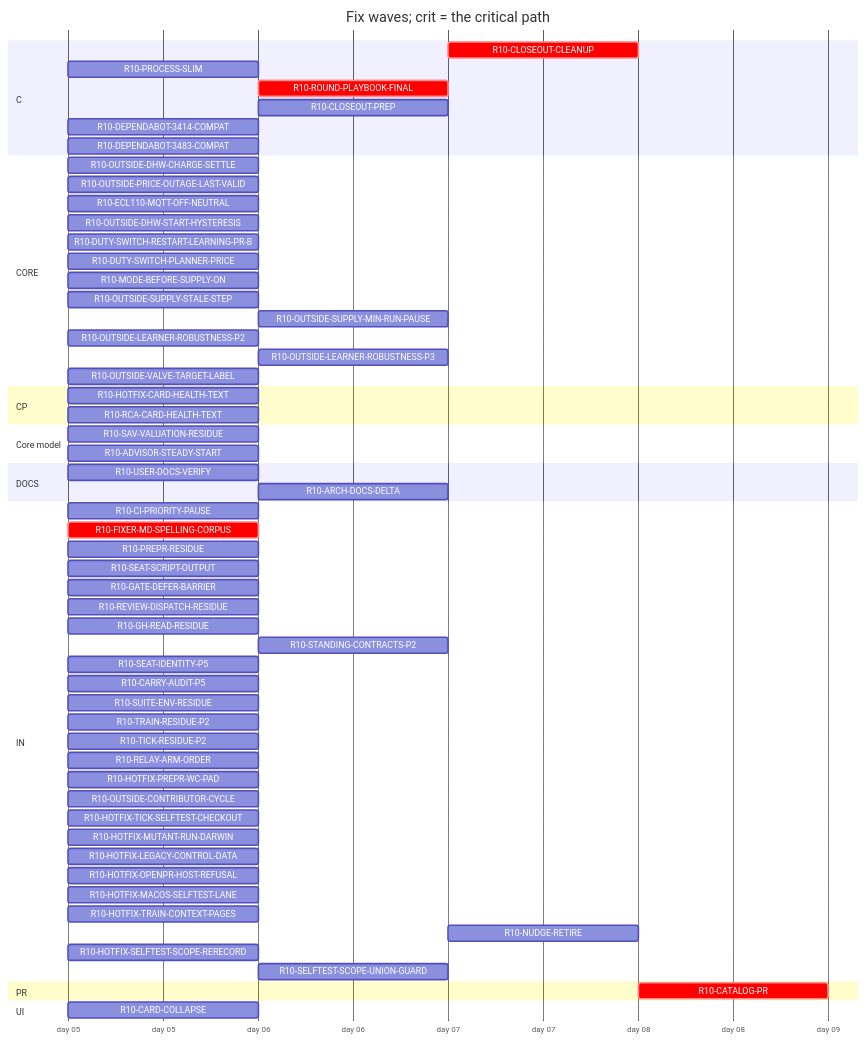
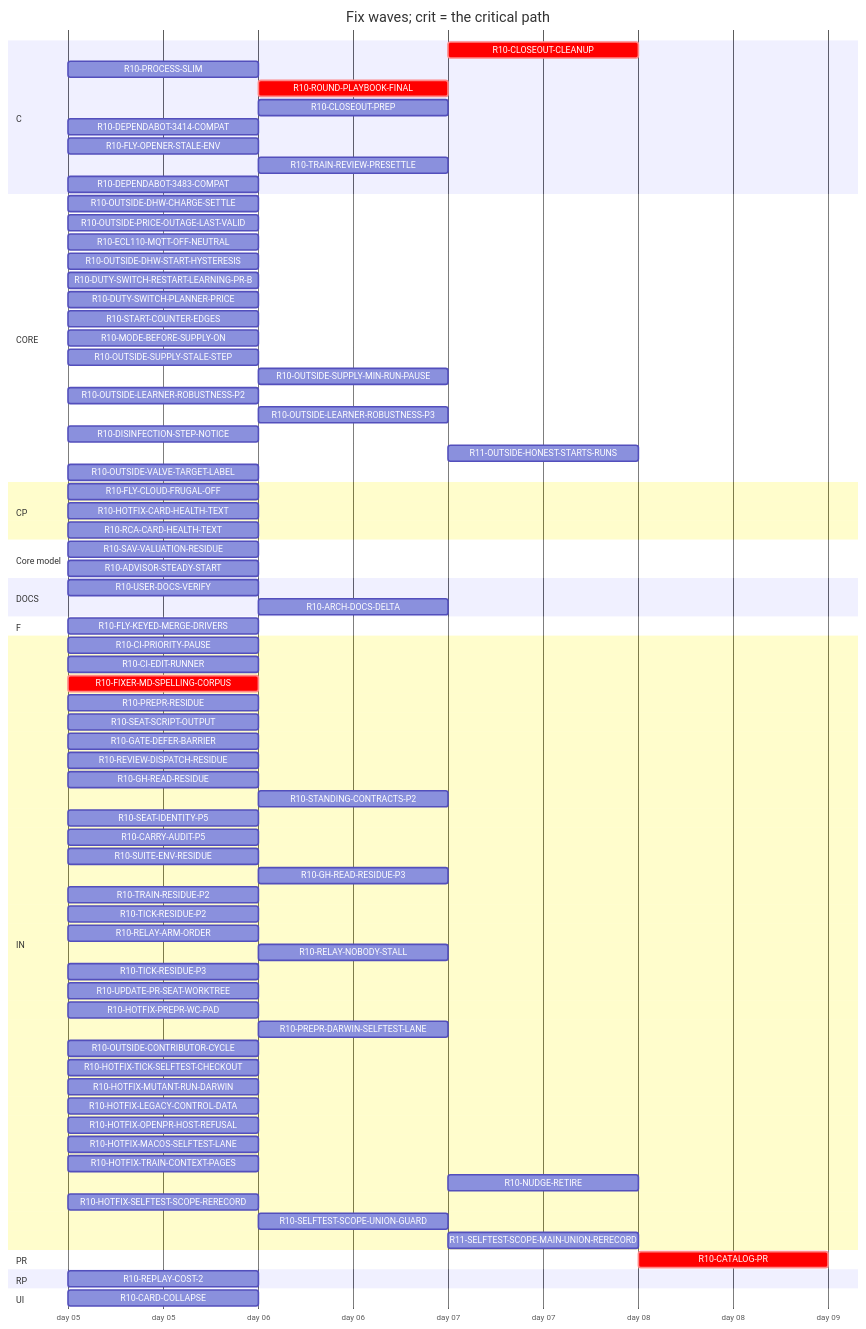
Before and after one commit to tvofi/heatpump_optimizer: the diagram in handoff/round10/state/PLAN-TABLE.md, drawn with Mermaid. The commit also changed other lines of this file and 3 other files, not shown here.

Commit message:
state: FLOW-BOARD.md, NEXT-SESSION-PROMPT.md, PLAN-TABLE.md, RESUME-CURRENT.md regenerated (state_docs.py)

````diff
--- a/handoff/round10/state/PLAN-TABLE.md
+++ b/handoff/round10/state/PLAN-TABLE.md
@@ -21,65 +23,82 @@
 ```mermaid
 gantt
   title Fix waves; crit = the critical path
   dateFormat YYYY-MM-DD
   axisFormat day %d
   section C
     R10-CLOSEOUT-CLEANUP :crit, r10CLOSEOUTCLEANUP, after r10USERDOCSVERIFY r10ROUNDPLAYBOOKFINAL r10CLOSEOUTPREP r10ARCHDOCSDELTA, 1d
     R10-PROCESS-SLIM :r10PROCESSSLIM, 2026-01-05, 1d
     R10-ROUND-PLAYBOOK-FINAL :crit, r10ROUNDPLAYBOOKFINAL, after r10FIXERMDSPELLINGCORPUS, 1d
     R10-CLOSEOUT-PREP :r10CLOSEOUTPREP, after r10FIXERMDSPELLINGCORPUS, 1d
     R10-DEPENDABOT-3414-COMPAT :r10DEPENDABOT3414COMPAT, 2026-01-05, 1d
+    R10-FLY-OPENER-STALE-ENV :r10FLYOPENERSTALEENV, 2026-01-05, 1d
+    R10-TRAIN-REVIEW-PRESETTLE :r10TRAINREVIEWPRESETTLE, after r10TRAINRESIDUEP2, 1d
     R10-DEPENDABOT-3483-COMPAT :r10DEPENDABOT3483COMPAT, 2026-01-05, 1d
   section CORE
     R10-OUTSIDE-DHW-CHARGE-SETTLE :r10OUTSIDEDHWCHARGESETTLE, 2026-01-05, 1d
     R10-OUTSIDE-PRICE-OUTAGE-LAST-VALID :r10OUTSIDEPRICEOUTAGELASTVALID, 2026-01-05, 1d
     R10-ECL110-MQTT-OFF-NEUTRAL :r10ECL110MQTTOFFNEUTRAL, 2026-01-05, 1d
     R10-OUTSIDE-DHW-START-HYSTERESIS :r10OUTSIDEDHWSTARTHYSTERESIS, 2026-01-05, 1d
     R10-DUTY-SWITCH-RESTART-LEARNING-PR-B :r10DUTYSWITCHRESTARTLEARNINGPRB, 2026-01-05, 1d
     R10-DUTY-SWITCH-PLANNER-PRICE :r10DUTYSWITCHPLANNERPRICE, 2026-01-05, 1d
+    R10-START-COUNTER-EDGES :r10STARTCOUNTEREDGES, 2026-01-05, 1d
     R10-MODE-BEFORE-SUPPLY-ON :r10MODEBEFORESUPPLYON, 2026-01-05, 1d
     R10-OUTSIDE-SUPPLY-STALE-STEP :r10OUTSIDESUPPLYSTALESTEP, 2026-01-05, 1d
     R10-OUTSIDE-SUPPLY-MIN-RUN-PAUSE :r10OUTSIDESUPPLYMINRUNPAUSE, after r10OUTSIDESUPPLYSTALESTEP, 1d
     R10-OUTSIDE-LEARNER-ROBUSTNESS-P2 :r10OUTSIDELEARNERROBUSTNESSP2, 2026-01-05, 1d
     R10-OUTSIDE-LEARNER-ROBUSTNESS-P3 :r10OUTSIDELEARNERROBUSTNESSP3, after r10OUTSIDELEARNERROBUSTNESSP2, 1d
+    R10-DISINFECTION-STEP-NOTICE :r10DISINFECTIONSTEPNOTICE, 2026-01-05, 1d
+    R11-OUTSIDE-HONEST-STARTS-RUNS :r11OUTSIDEHONESTSTARTSRUNS, after r10DUTYSWITCHPLANNERPRICE r10OUTSIDEDHWSTARTHYSTERESIS r10OUTSIDESUPPLYMINRUNPAUSE r10ADVISORSTEADYSTART, 1d
     R10-OUTSIDE-VALVE-TARGET-LABEL :r10OUTSIDEVALVETARGETLABEL, 2026-01-05, 1d
   section CP
+    R10-FLY-CLOUD-FRUGAL-OFF :r10FLYCLOUDFRUGALOFF, 2026-01-05, 1d
     R10-HOTFIX-CARD-HEALTH-TEXT :r10HOTFIXCARDHEALTHTEXT, 2026-01-05, 1d
     R10-RCA-CARD-HEALTH-TEXT :r10RCACARDHEALTHTEXT, 2026-01-05, 1d
   section Core model
     R10-SAV-VALUATION-RESIDUE :r10SAVVALUATIONRESIDUE, 2026-01-05, 1d
     R10-ADVISOR-STEADY-START :r10ADVISORSTEADYSTART, 2026-01-05, 1d
   section DOCS
     R10-USER-DOCS-VERIFY :r10USERDOCSVERIFY, 2026-01-05, 1d
     R10-ARCH-DOCS-DELTA :r10ARCHDOCSDELTA, after r10SAVVALUATIONRESIDUE r10ADVISORSTEADYSTART r10PROCESSSLIM, 1d
+  section F
+    R10-FLY-KEYED-MERGE-DRIVERS :r10FLYKEYEDMERGEDRIVERS, 2026-01-05, 1d
   section IN
     R10-CI-PRIORITY-PAUSE :r10CIPRIORITYPAUSE, 2026-01-05, 1d
+    R10-CI-EDIT-RUNNER :r10CIEDITRUNNER, 2026-01-05, 1d
     R10-FIXER-MD-SPELLING-CORPUS :crit, r10FIXERMDSPELLINGCORPUS, 2026-01-05, 1d
     R10-PREPR-RESIDUE :r10PREPRRESIDUE, 2026-01-05, 1d
     R10-SEAT-SCRIPT-OUTPUT :r10SEATSCRIPTOUTPUT, 2026-01-05, 1d
     R10-GATE-DEFER-BARRIER :r10GATEDEFERBARRIER, 2026-01-05, 1d
     R10-REVIEW-DISPATCH-RESIDUE :r10REVIEWDISPATCHRESIDUE, 2026-01-05, 1d
     R10-GH-READ-RESIDUE :r10GHREADRESIDUE, 2026-01-05, 1d
     R10-STANDING-CONTRACTS-P2 :r10STANDINGCONTRACTSP2, after r10FIXERMDSPELLINGCORPUS, 1d
     R10-SEAT-IDENTITY-P5 :r10SEATIDENTITYP5, 2026-01-05, 1d
     R10-CARRY-AUDIT-P5 :r10CARRYAUDITP5, 2026-01-05, 1d
     R10-SUITE-ENV-RESIDUE :r10SUITEENVRESIDUE, 2026-01-05, 1d
+    R10-GH-READ-RESIDUE-P3 :r10GHREADRESIDUEP3, after r10GHREADRESIDUE, 1d
     R10-TRAIN-RESIDUE-P2 :r10TRAINRESIDUEP2, 2026-01-05, 1d
     R10-TICK-RESIDUE-P2 :r10TICKRESIDUEP2, 2026-01-05, 1d
     R10-RELAY-ARM-ORDER :r10RELAYARMORDER, 2026-01-05, 1d
+    R10-RELAY-NOBODY-STALL :r10RELAYNOBODYSTALL, after r10RELAYARMORDER r10REVIEWDISPATCHRESIDUE, 1d
+    R10-TICK-RESIDUE-P3 :r10TICKRESIDUEP3, 2026-01-05, 1d
+    R10-UPDATE-PR-SEAT-WORKTREE :r10UPDATEPRSEATWORKTREE, 2026-01-05, 1d
     R10-HOTFIX-PREPR-WC-PAD :r10HOTFIXPREPRWCPAD, 2026-01-05, 1d
+    R10-PREPR-DARWIN-SELFTEST-LANE :r10PREPRDARWINSELFTESTLANE, after r10HOTFIXPREPRWCPAD, 1d
     R10-OUTSIDE-CONTRIBUTOR-CYCLE :r10OUTSIDECONTRIBUTORCYCLE, 2026-01-05, 1d
     R10-HOTFIX-TICK-SELFTEST-CHECKOUT :r10HOTFIXTICKSELFTESTCHECKOUT, 2026-01-05, 1d
     R10-HOTFIX-MUTANT-RUN-DARWIN :r10HOTFIXMUTANTRUNDARWIN, 2026-01-05, 1d
     R10-HOTFIX-LEGACY-CONTROL-DATA :r10HOTFIXLEGACYCONTROLDATA, 2026-01-05, 1d
     R10-HOTFIX-OPENPR-HOST-REFUSAL :r10HOTFIXOPENPRHOSTREFUSAL, 2026-01-05, 1d
     R10-HOTFIX-MACOS-SELFTEST-LANE :r10HOTFIXMACOSSELFTESTLANE, 2026-01-05, 1d
     R10-HOTFIX-TRAIN-CONTEXT-PAGES :r10HOTFIXTRAINCONTEXTPAGES, 2026-01-05, 1d
     R10-NUDGE-RETIRE :r10NUDGERETIRE, after r10ROUNDPLAYBOOKFINAL, 1d
     R10-HOTFIX-SELFTEST-SCOPE-RERECORD :r10HOTFIXSELFTESTSCOPERERECORD, 2026-01-05, 1d
     R10-SELFTEST-SCOPE-UNION-GUARD :r10SELFTESTSCOPEUNIONGUARD, after r10HOTFIXSELFTESTSCOPERERECORD, 1d
+    R11-SELFTEST-SCOPE-MAIN-UNION-RERECORD :r11SELFTESTSCOPEMAINUNIONRERECORD, after r10SELFTESTSCOPEUNIONGUARD, 1d
   section PR
     R10-CATALOG-PR :crit, r10CATALOGPR, after r10USERDOCSVERIFY r10ROUNDPLAYBOOKFINAL r10CLOSEOUTCLEANUP r10CLOSEOUTPREP r10ARCHDOCSDELTA, 1d
+  section RP
+    R10-REPLAY-COST-2 :r10REPLAYCOST2, 2026-01-05, 1d
   section UI
     R10-CARD-COLLAPSE :r10CARDCOLLAPSE, 2026-01-05, 1d
 ```
````
